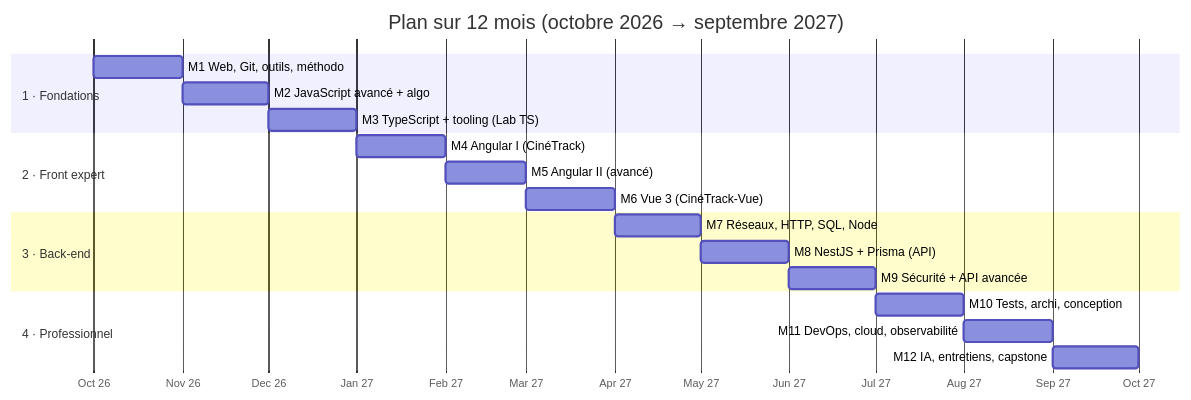
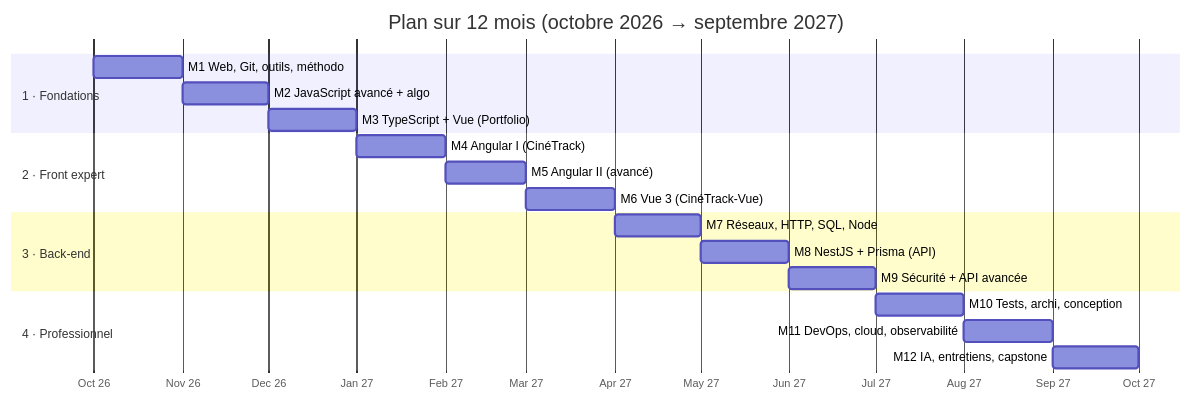
Before and after one commit to galsen-76/Informatique-: the first of 2 diagrams in 00-Accueil/Roadmap-12-mois.md, drawn with Mermaid. The commit also changed other lines of this file and 20 other files, not shown here.

First line of the commit message:
Portfolio en Vue + TypeScript, CinéTrack Angular avec l'API TMDB

````diff
--- a/00-Accueil/Roadmap-12-mois.md
+++ b/00-Accueil/Roadmap-12-mois.md
@@ -24,22 +24,22 @@
 ```mermaid
 gantt
   title Plan sur 12 mois (octobre 2026 → septembre 2027)
   dateFormat YYYY-MM
   axisFormat %b %y
   section 1 · Fondations
   M1 Web, Git, outils, méthodo        :m1, 2026-10, 1M
   M2 JavaScript avancé + algo         :m2, 2026-11, 1M
-  M3 TypeScript + tooling (Lab TS)    :m3, 2026-12, 1M
+  M3 TypeScript + Vue (Portfolio)     :m3, 2026-12, 1M
   section 2 · Front expert
   M4 Angular I (CinéTrack)            :m4, 2027-01, 1M
   M5 Angular II (avancé)              :m5, 2027-02, 1M
   M6 Vue 3 (CinéTrack-Vue)            :m6, 2027-03, 1M
   section 3 · Back-end
   M7 Réseaux, HTTP, SQL, Node         :m7, 2027-04, 1M
   M8 NestJS + Prisma (API)            :m8, 2027-05, 1M
   M9 Sécurité + API avancée           :m9, 2027-06, 1M
   section 4 · Professionnel
   M10 Tests, archi, conception        :m10, 2027-07, 1M
   M11 DevOps, cloud, observabilité    :m11, 2027-08, 1M
   M12 IA, entretiens, capstone        :m12, 2027-09, 1M
 ```
````
